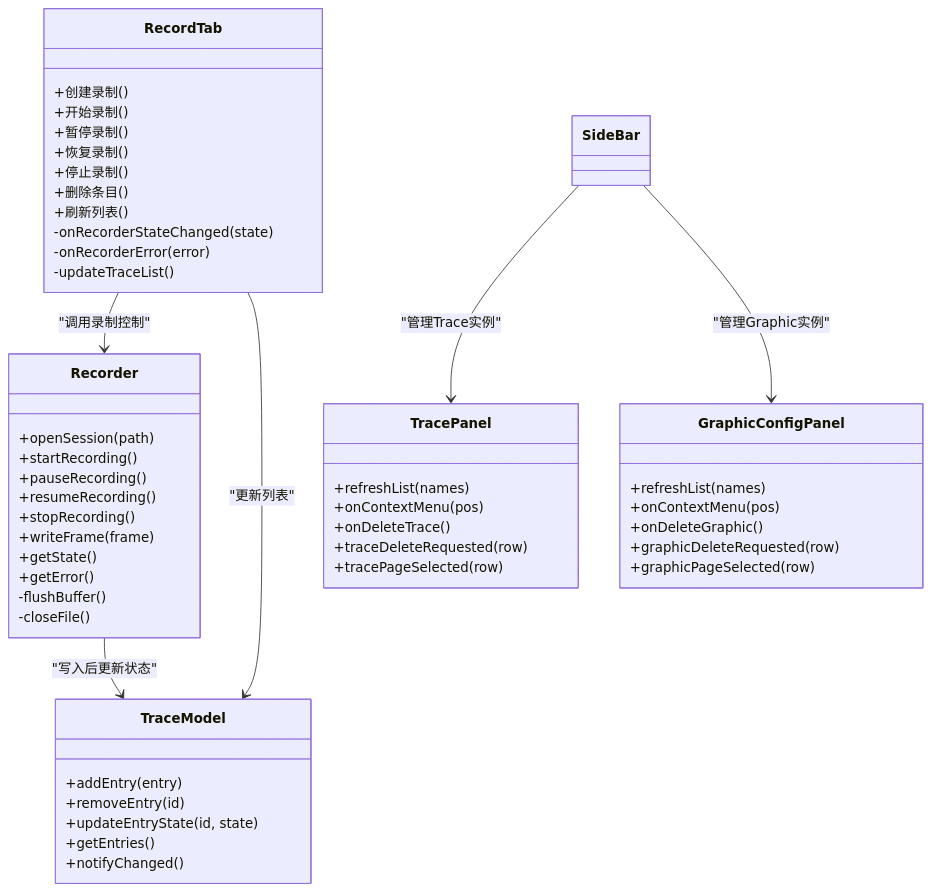
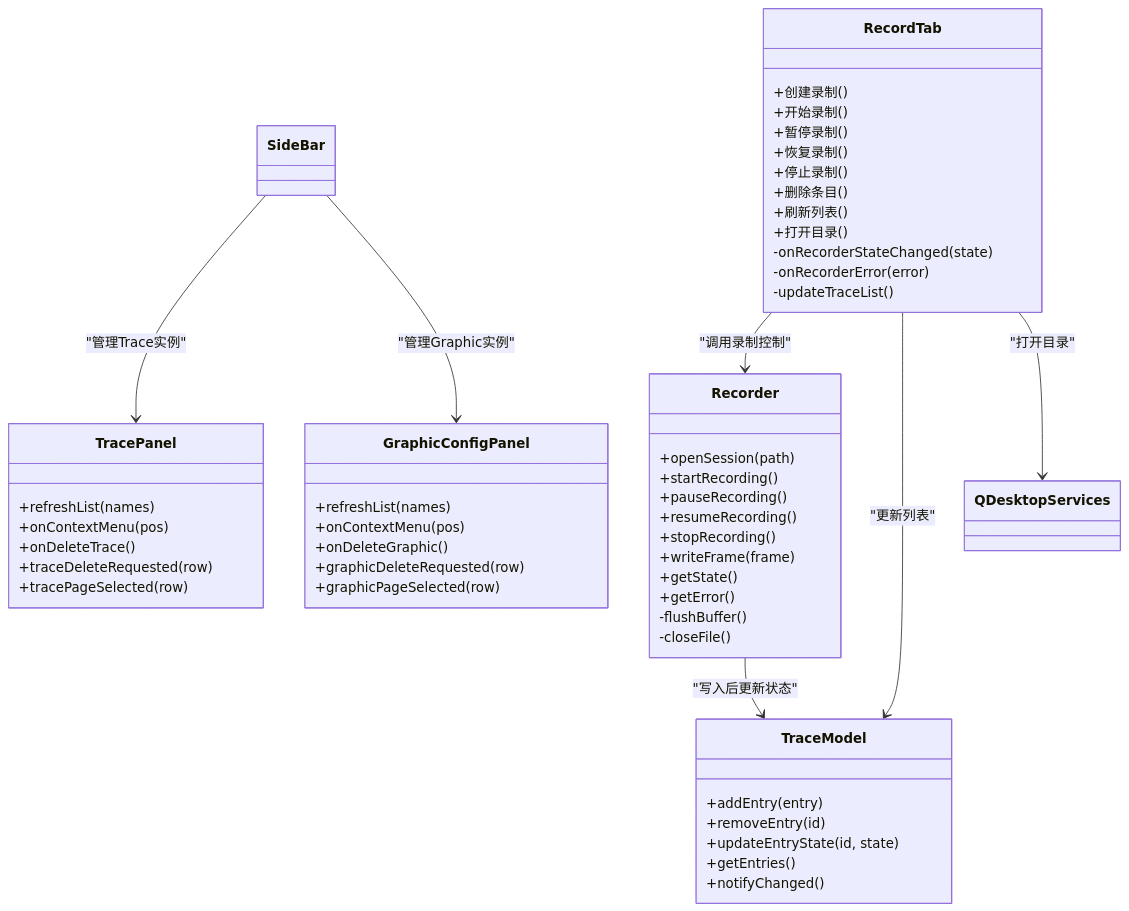
The second of 9 diagrams in .qoder/repowiki/zh/content/架构设计/UI系统设计/录制管理Tab组件/录制管理Tab组件.md (jakecai1225-design/OpenBus), drawn with Mermaid before and after one commit. The commit also changed other lines of this file and 10 other files, not shown here.

````diff
--- a/.qoder/repowiki/zh/content/架构设计/UI系统设计/录制管理Tab组件/录制管理Tab组件.md
+++ b/.qoder/repowiki/zh/content/架构设计/UI系统设计/录制管理Tab组件/录制管理Tab组件.md
@@ -128,53 +130,55 @@
 ```mermaid
 classDiagram
 class RecordTab {
 +创建录制()
 +开始录制()
 +暂停录制()
 +恢复录制()
 +停止录制()
 +删除条目()
 +刷新列表()
++打开目录()
 -onRecorderStateChanged(state)
 -onRecorderError(error)
 -updateTraceList()
 }
 class Recorder {
 +openSession(path)
 +startRecording()
 +pauseRecording()
 +resumeRecording()
 +stopRecording()
 +writeFrame(frame)
 +getState()
 +getError()
 -flushBuffer()
 -closeFile()
 }
 class TraceModel {
 +addEntry(entry)
 +removeEntry(id)
 +updateEntryState(id, state)
 +getEntries()
 +notifyChanged()
 }
 class TracePanel {
 +refreshList(names)
 +onContextMenu(pos)
 +onDeleteTrace()
 +traceDeleteRequested(row)
 +tracePageSelected(row)
 }
 class GraphicConfigPanel {
 +refreshList(names)
 +onContextMenu(pos)
 +onDeleteGraphic()
 +graphicDeleteRequested(row)
 +graphicPageSelected(row)
 }
 RecordTab --> Recorder : "调用录制控制"
 RecordTab --> TraceModel : "更新列表"
+RecordTab --> QDesktopServices : "打开目录"
 Recorder --> TraceModel : "写入后更新状态"
 SideBar --> TracePanel : "管理Trace实例"
 SideBar --> GraphicConfigPanel : "管理Graphic实例"
 ```
````
